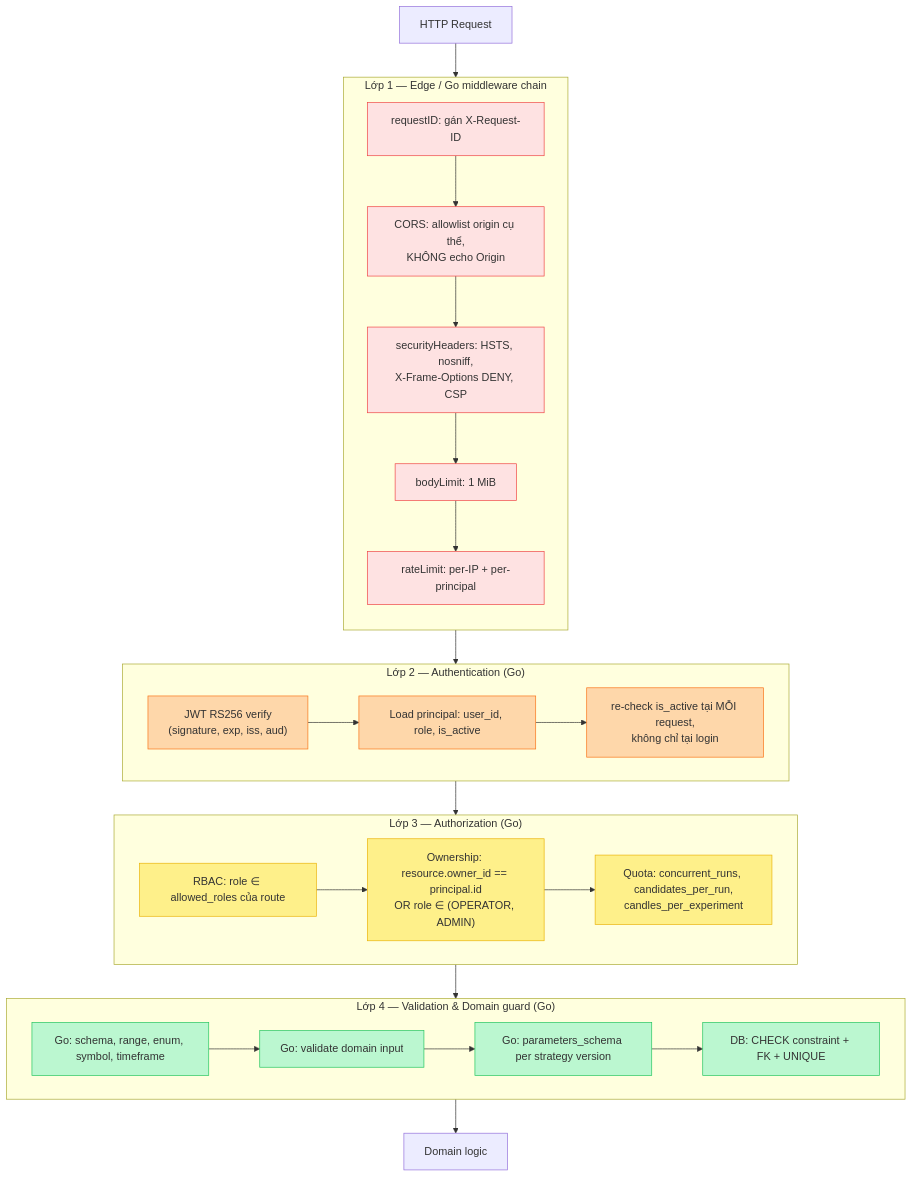
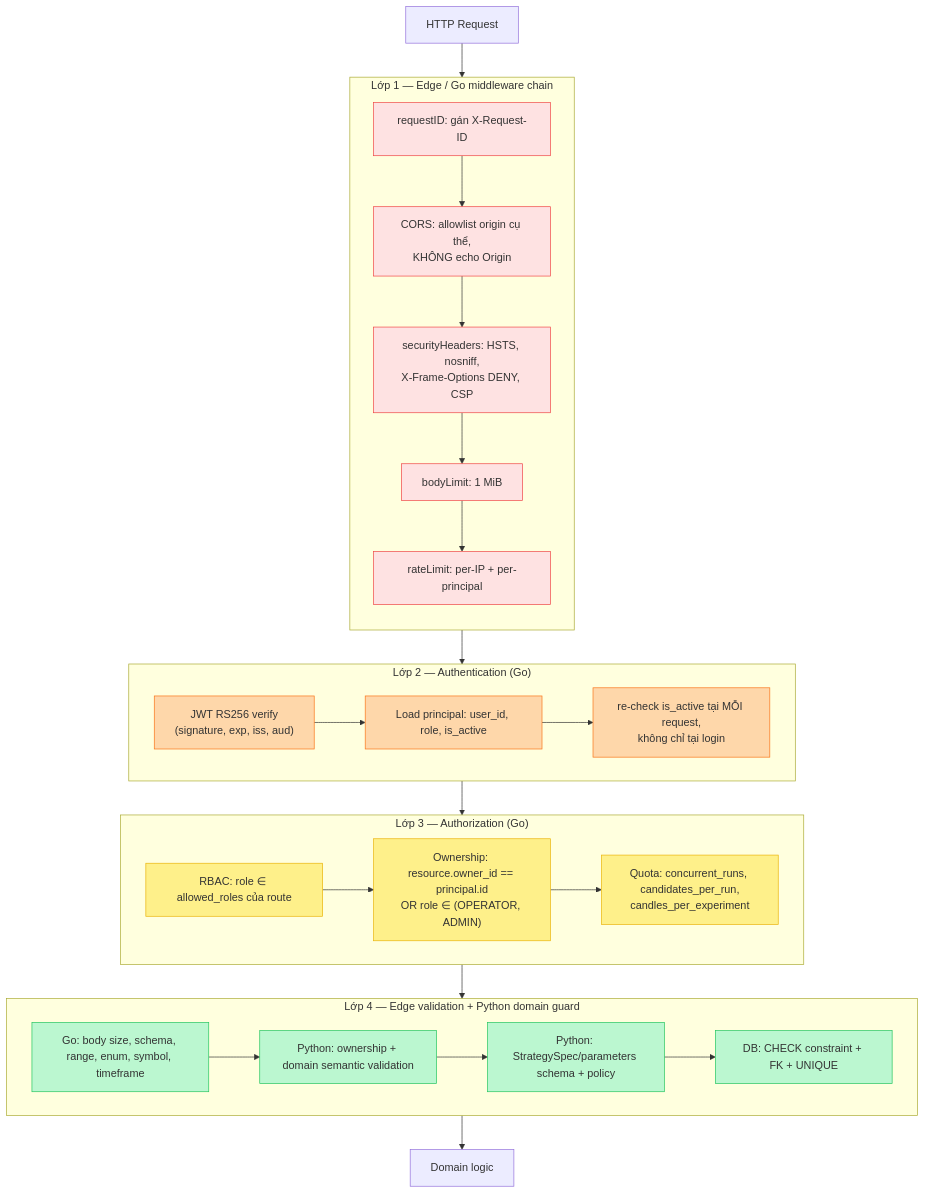
One commit to EnsoTech-Studio/CryptoBot changed diagram 14 of 15 in blueprint/design.md. Above: the diagram before and after it, drawn with Mermaid. The commit also changed other lines of this file and 129 other files, not shown here.

Commit message:
docs(blueprint): define agent architecture

````diff
--- a/blueprint/design.md
+++ b/blueprint/design.md
@@ -2864,53 +2902,53 @@
 ```mermaid
 flowchart TB
     REQ["HTTP Request"] --> L1
 
     subgraph L1["Lớp 1 — Edge / Go middleware chain"]
         direction TB
         A1["requestID: gán X-Request-ID"]
         A2["CORS: allowlist origin cụ thể,<br/>KHÔNG echo Origin"]
         A3["securityHeaders: HSTS, nosniff,<br/>X-Frame-Options DENY, CSP"]
         A4["bodyLimit: 1 MiB"]
         A5["rateLimit: per-IP + per-principal"]
         A1 --> A2 --> A3 --> A4 --> A5
     end
 
     L1 --> L2
 
     subgraph L2["Lớp 2 — Authentication (Go)"]
         B1["JWT RS256 verify<br/>(signature, exp, iss, aud)"]
         B2["Load principal: user_id, role, is_active"]
         B3["re-check is_active tại MỖI request,<br/>không chỉ tại login"]
         B1 --> B2 --> B3
     end
 
     L2 --> L3
 
     subgraph L3["Lớp 3 — Authorization (Go)"]
         C1["RBAC: role ∈ allowed_roles của route"]
         C2["Ownership: resource.owner_id == principal.id<br/>OR role ∈ (OPERATOR, ADMIN)"]
         C3["Quota: concurrent_runs, candidates_per_run,<br/>candles_per_experiment"]
         C1 --> C2 --> C3
     end
 
     L3 --> L4
 
-    subgraph L4["Lớp 4 — Validation & Domain guard (Go)"]
-        D1["Go: schema, range, enum, symbol, timeframe"]
-        D2["Go: validate domain input"]
-        D3["Go: parameters_schema per strategy version"]
+    subgraph L4["Lớp 4 — Edge validation + Python domain guard"]
+        D1["Go: body size, schema, range, enum, symbol, timeframe"]
+        D2["Python: ownership + domain semantic validation"]
+        D3["Python: StrategySpec/parameters schema + policy"]
         D4["DB: CHECK constraint + FK + UNIQUE"]
         D1 --> D2 --> D3 --> D4
     end
 
     L4 --> DOM["Domain logic"]
 
     classDef l1 fill:#fee2e2,stroke:#ef4444
     classDef l2 fill:#fed7aa,stroke:#f97316
     classDef l3 fill:#fef08a,stroke:#eab308
     classDef l4 fill:#bbf7d0,stroke:#22c55e
     class A1,A2,A3,A4,A5 l1
     class B1,B2,B3 l2
     class C1,C2,C3 l3
     class D1,D2,D3,D4 l4
 ```
````
